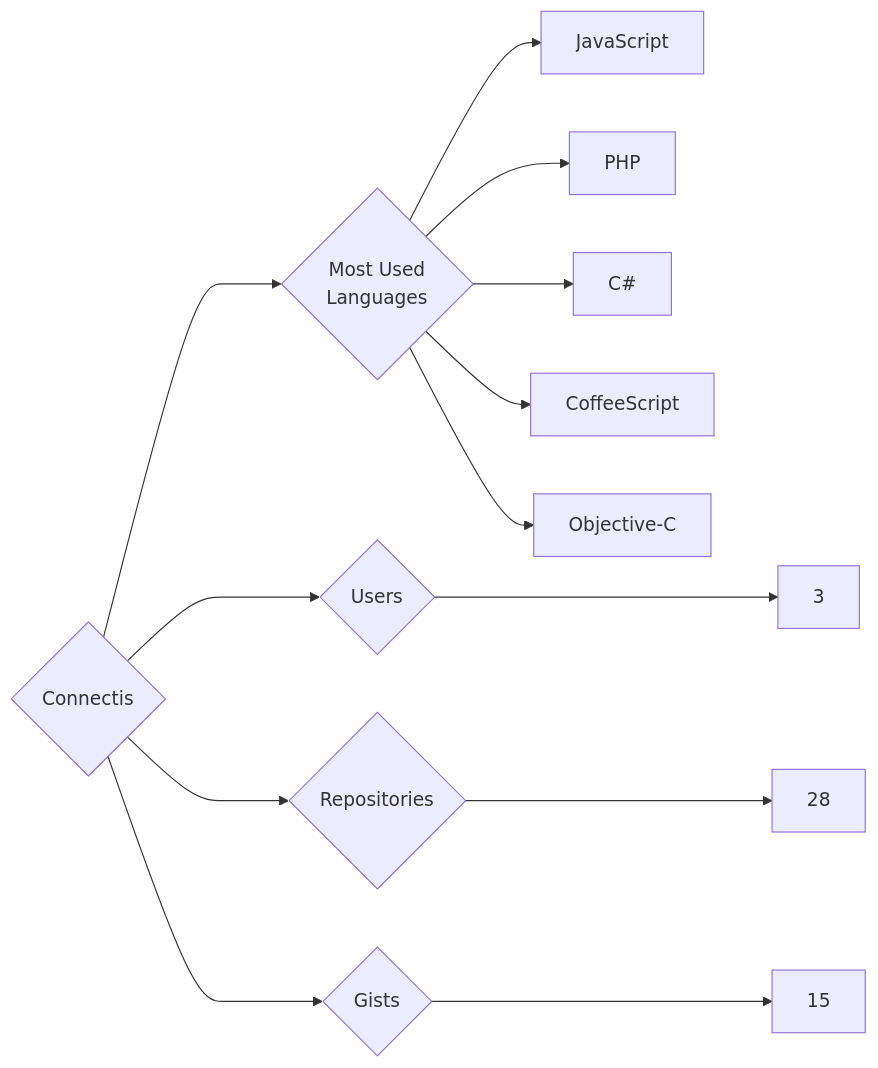
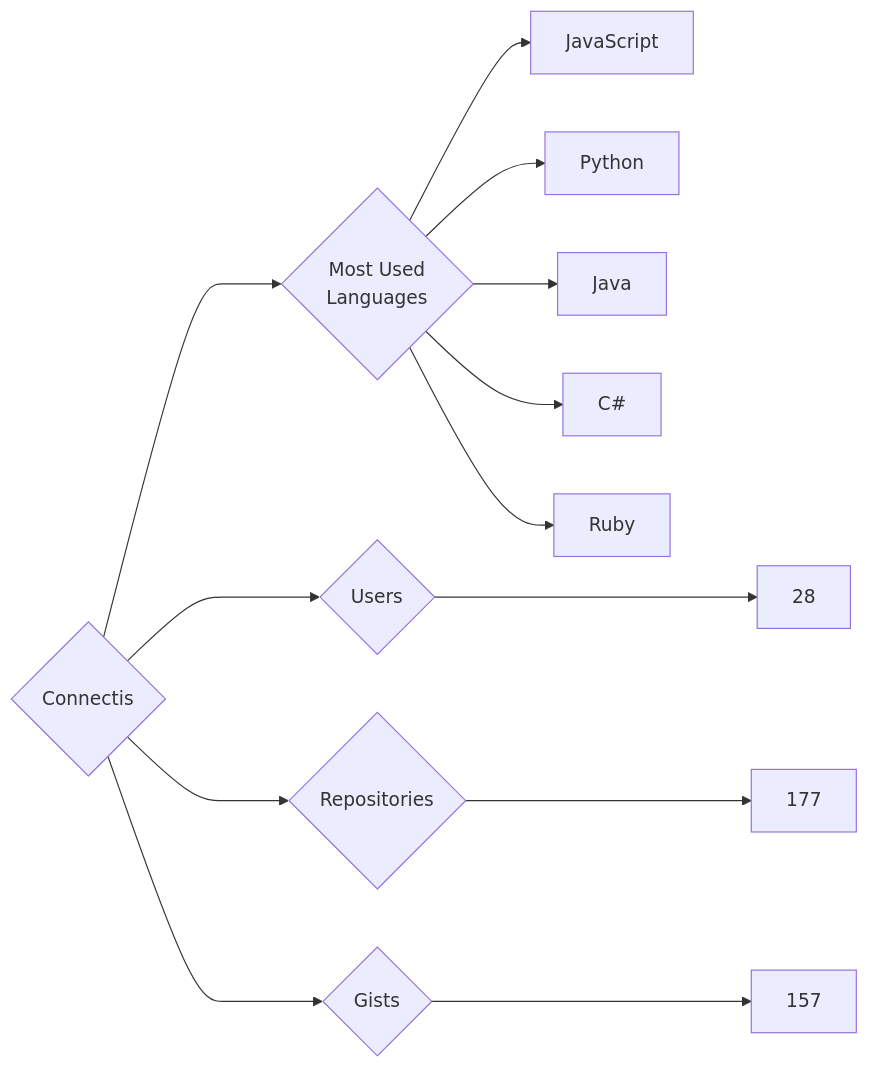
The diagram in targets/Connectis/README.md (trickest/insiders), drawn with Mermaid before and after one commit. The commit also changed 927 other files, not shown here.

````diff
--- a/targets/Connectis/README.md
+++ b/targets/Connectis/README.md
@@ -3,13 +3,13 @@
 ```mermaid
 graph LR
 COMPANY_NAME{Connectis}
-COMPANY_NAME ---> U{Users} ---> UN[3]
-COMPANY_NAME ---> R{Repositories} ---> RN[28]
-COMPANY_NAME ---> G{Gists} ---> GN[15]
+COMPANY_NAME ---> U{Users} ---> UN[28]
+COMPANY_NAME ---> R{Repositories} ---> RN[177]
+COMPANY_NAME ---> G{Gists} ---> GN[157]
 COMPANY_NAME ---> ML{Most Used<br>Languages}
 ML --> JavaScript[JavaScript]
-ML --> PHP[PHP]
+ML --> Python[Python]
+ML --> Java[Java]
 ML --> C#[C#]
-ML --> CoffeeScript[CoffeeScript]
-ML --> Objective-C[Objective-C]
+ML --> Ruby[Ruby]
 ```
````
